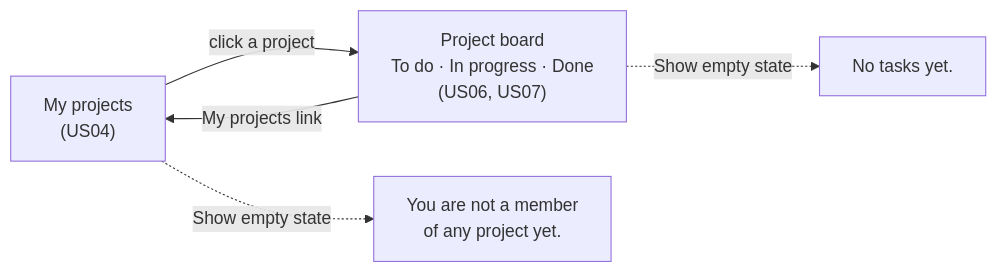
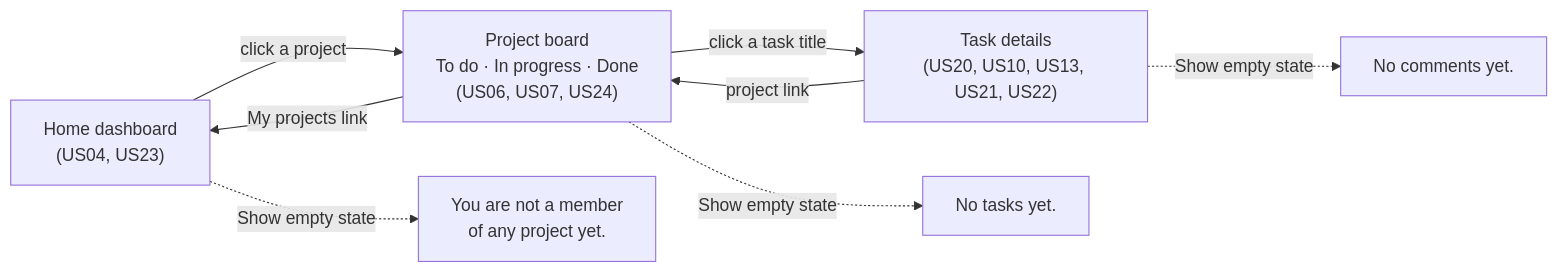
One commit to vitorhsbarros/matriz changed the diagram in docs/ui/README.md. Above: the diagram before and after it, drawn with Mermaid. The commit also changed other lines of this file and 14 other files, not shown here.

````diff
--- a/docs/ui/README.md
+++ b/docs/ui/README.md
@@ -24,9 +27,13 @@
 ```mermaid
 flowchart LR
-    home["My projects<br/>(US04)"]
-    project["Project board<br/>To do · In progress · Done<br/>(US06, US07)"]
+    home["Home dashboard<br/>(US04, US23)"]
+    project["Project board<br/>To do · In progress · Done<br/>(US06, US07, US24)"]
+    task["Task details<br/>(US20, US10, US13, US21, US22)"]
     home -- "click a project" --> project
+    project -- "click a task title" --> task
+    task -- "project link" --> project
     project -- "My projects link" --> home
     home -. "Show empty state" .-> homeEmpty["You are not a member<br/>of any project yet."]
     project -. "Show empty state" .-> projectEmpty["No tasks yet."]
+    task -. "Show empty state" .-> taskEmpty["No comments yet."]
 ```
````
